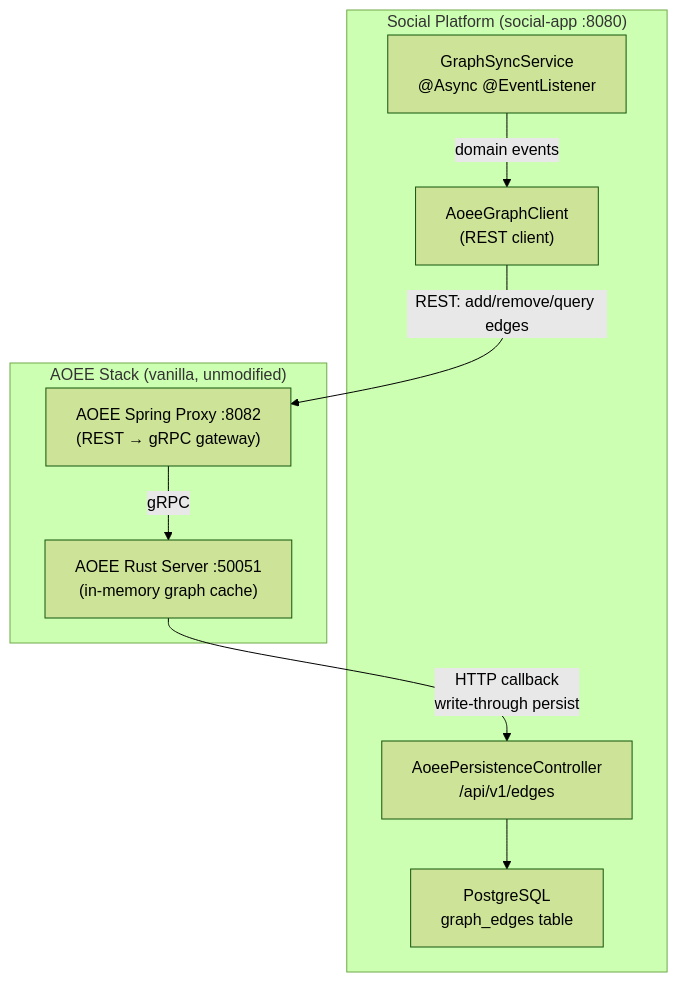
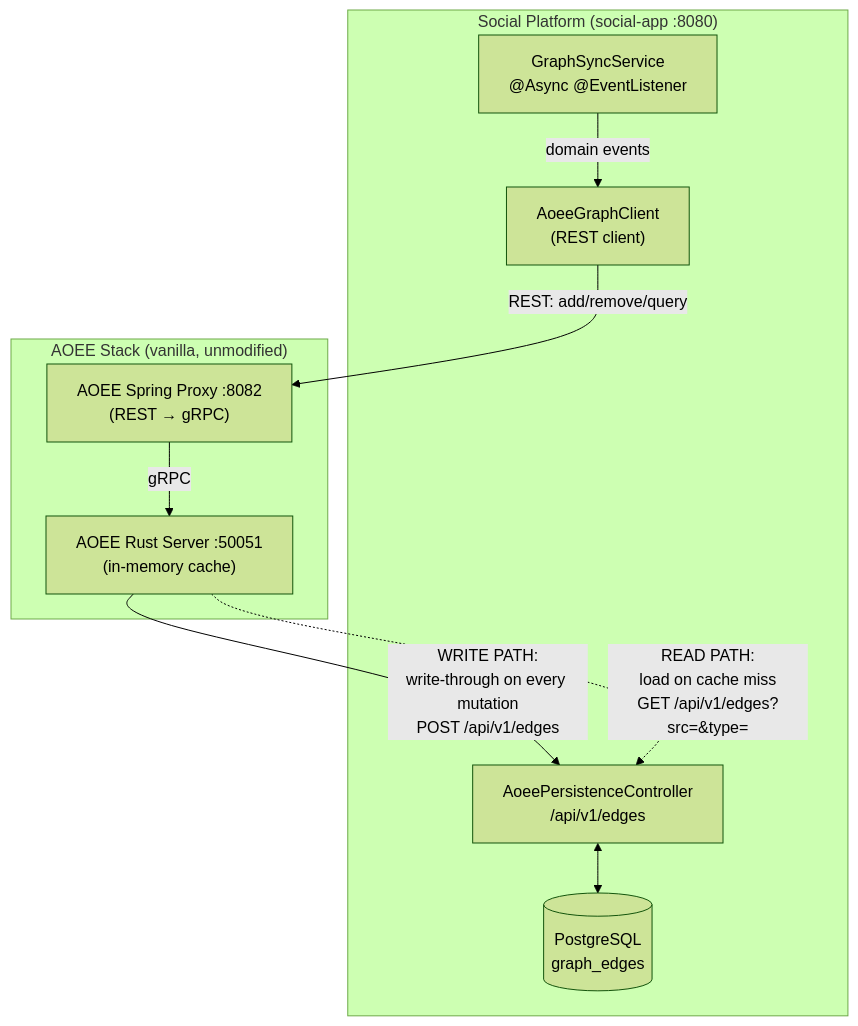
One commit to geekychris/enterprise_social_platform changed diagram 18 of 20 in docs/ARCHITECTURE.md. Above: the diagram before and after it, drawn with Mermaid (forest theme). The commit also changed other lines of this file and 18 other files, not shown here.

````diff
--- a/docs/ARCHITECTURE.md
+++ b/docs/ARCHITECTURE.md
@@ -874,20 +943,23 @@
 ```mermaid
 graph TB
     subgraph "Social Platform (social-app :8080)"
         GS["GraphSyncService<br/>@Async @EventListener"]
         GC["AoeeGraphClient<br/>(REST client)"]
         PC["AoeePersistenceController<br/>/api/v1/edges"]
-        DB["PostgreSQL<br/>graph_edges table"]
+        DB[("PostgreSQL<br/>graph_edges")]
     end
 
     subgraph "AOEE Stack (vanilla, unmodified)"
-        Proxy["AOEE Spring Proxy :8082<br/>(REST → gRPC gateway)"]
-        Server["AOEE Rust Server :50051<br/>(in-memory graph cache)"]
+        Proxy["AOEE Spring Proxy :8082<br/>(REST → gRPC)"]
+        Cache["AOEE Rust Server :50051<br/>(in-memory cache)"]
     end
 
     GS -->|"domain events"| GC
-    GC -->|"REST: add/remove/query edges"| Proxy
-    Proxy -->|"gRPC"| Server
-    Server -->|"HTTP callback<br/>write-through persist"| PC
-    PC --> DB
+    GC -->|"REST: add/remove/query"| Proxy
+    Proxy -->|"gRPC"| Cache
+
+    Cache -->|"WRITE PATH:<br/>write-through on every mutation<br/>POST /api/v1/edges"| PC
+    Cache -.->|"READ PATH:<br/>load on cache miss<br/>GET /api/v1/edges?src=&type="| PC
+
+    PC <--> DB
 ```
````
